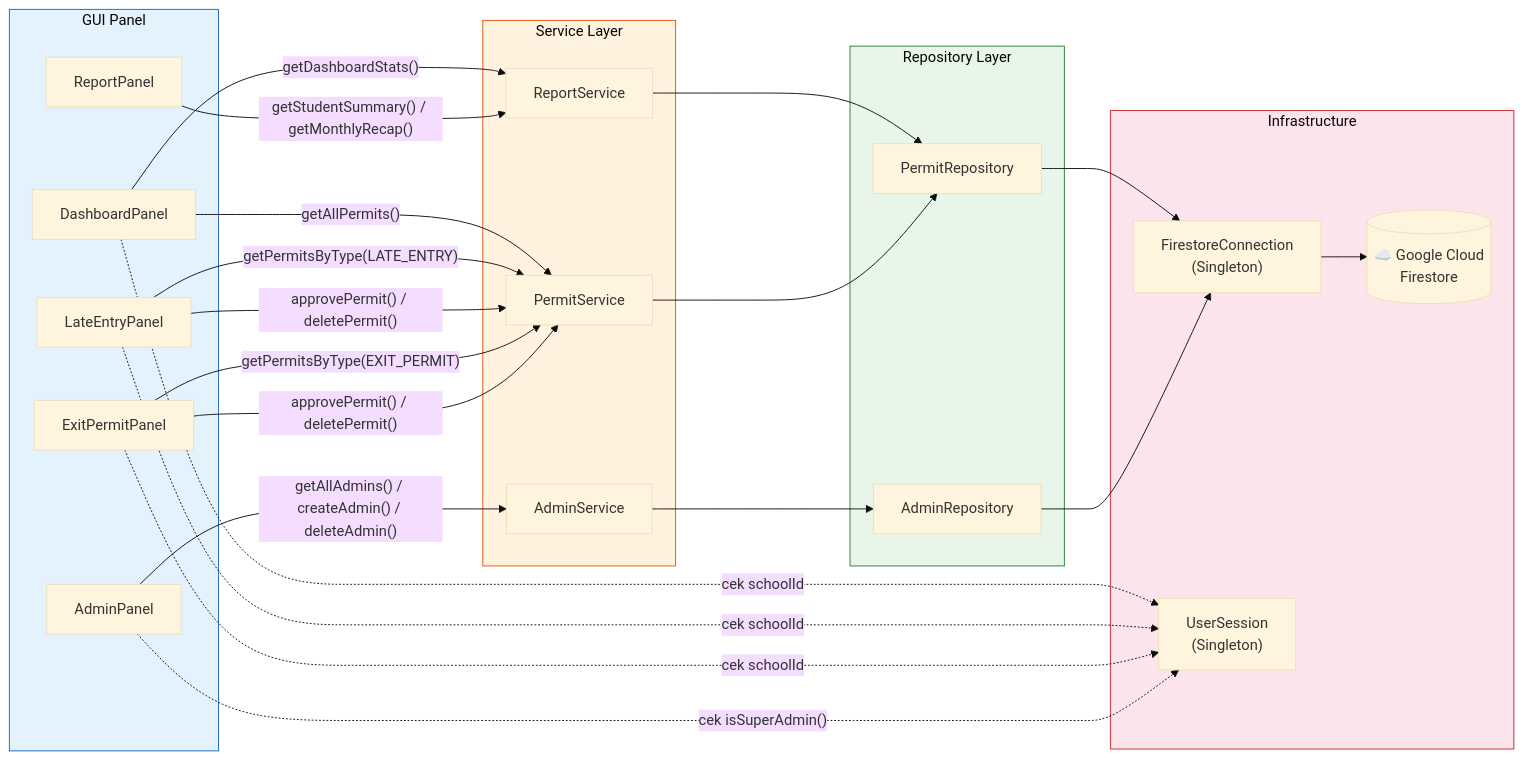
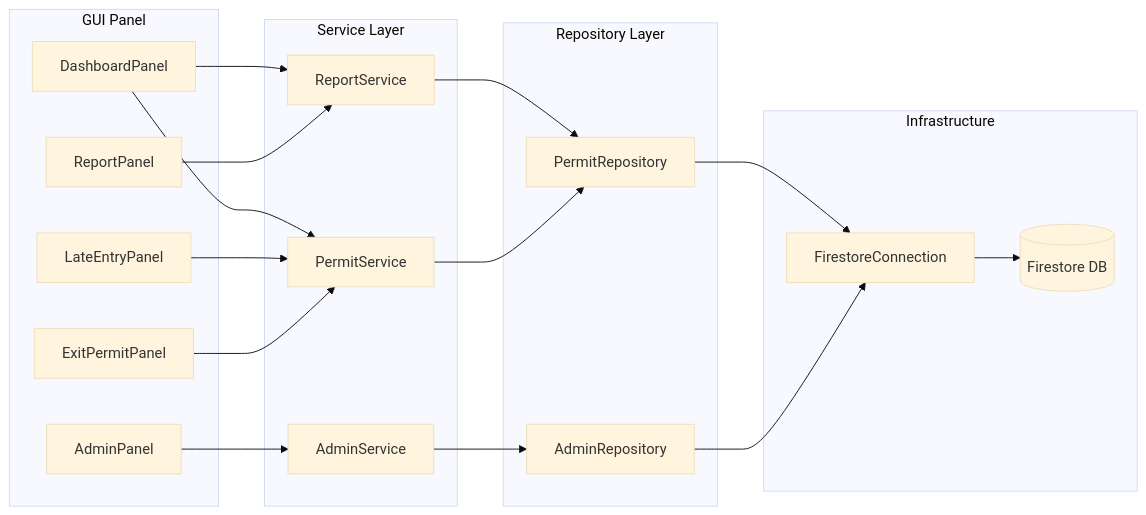
The seventh of 7 diagrams in DOKUMENTASI_PROYEK.md (Doni354/TubesPBO), drawn with Mermaid (base theme) before and after one commit. The commit also changed other lines of this file, not shown here.

````diff
--- a/DOKUMENTASI_PROYEK.md
+++ b/DOKUMENTASI_PROYEK.md
@@ -959,54 +932,41 @@
 ```mermaid
 flowchart LR
-    subgraph GUI["GUI Panel"]
+    subgraph GUI ["GUI Panel"]
         DP["DashboardPanel"]
         LEP["LateEntryPanel"]
         EPP["ExitPermitPanel"]
         RP["ReportPanel"]
         AP["AdminPanel"]
     end
 
-    subgraph SERVICE["Service Layer"]
+    subgraph SERVICE ["Service Layer"]
         RS["ReportService"]
         PS["PermitService"]
         AS["AdminService"]
     end
 
-    subgraph REPO["Repository Layer"]
+    subgraph REPO ["Repository Layer"]
         PR["PermitRepository"]
         AR["AdminRepository"]
     end
 
-    subgraph INFRA["Infrastructure"]
-        FC["FirestoreConnection<br/>(Singleton)"]
-        US["UserSession<br/>(Singleton)"]
-        FS[("☁️ Google Cloud<br/>Firestore")]
+    subgraph INFRA ["Infrastructure"]
+        FC["FirestoreConnection"]
+        FS[("Firestore DB")]
     end
 
-    DP -->|"getDashboardStats()"| RS
-    DP -->|"getAllPermits()"| PS
-    LEP -->|"getPermitsByType(LATE_ENTRY)"| PS
-    LEP -->|"approvePermit() / deletePermit()"| PS
-    EPP -->|"getPermitsByType(EXIT_PERMIT)"| PS
-    EPP -->|"approvePermit() / deletePermit()"| PS
-    RP -->|"getStudentSummary() / getMonthlyRecap()"| RS
-    AP -->|"getAllAdmins() / createAdmin() / deleteAdmin()"| AS
+    DP --> RS
+    DP --> PS
+    LEP --> PS
+    EPP --> PS
+    RP --> RS
+    AP --> AS
 
     RS --> PR
     PS --> PR
     AS --> AR
 
     PR --> FC
     AR --> FC
     FC --> FS
-
-    DP -.->|"cek schoolId"| US
-    LEP -.->|"cek schoolId"| US
-    EPP -.->|"cek schoolId"| US
-    AP -.->|"cek isSuperAdmin()"| US
-
-    style GUI fill:#e3f2fd,stroke:#1565c0
-    style SERVICE fill:#fff3e0,stroke:#e65100
-    style REPO fill:#e8f5e9,stroke:#2e7d32
-    style INFRA fill:#fce4ec,stroke:#c62828
 ```
````
